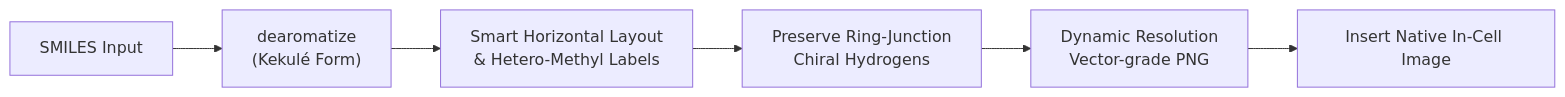
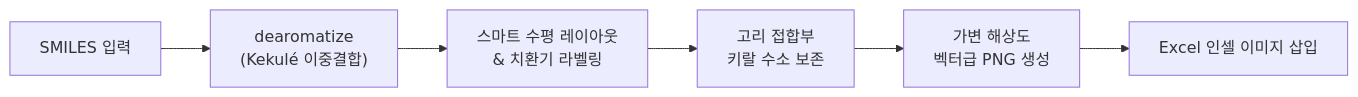
The first of 2 diagrams in README.md (naramdash/func_SMILES2IMG), drawn with Mermaid before and after one commit. The commit also changed other lines of this file and 14 other files, not shown here.

````diff
--- a/README.md
+++ b/README.md
@@ -278,9 +276,8 @@
 ```mermaid
 flowchart LR
-    A["SMILES Input"] --> B["dearomatize<br>(Kekulé Form)"]
-    B --> C["Smart Horizontal Layout<br>& Hetero-Methyl Labels"]
-    C --> D["Preserve Ring-Junction<br>Chiral Hydrogens"]
-    E["Insert Native In-Cell Image"]
-    D --> F["Dynamic Resolution<br>Vector-grade PNG"]
-    F --> E
+    A["SMILES 입력"] --> B["dearomatize<br>(Kekulé 이중결합)"]
+    B --> C["스마트 수평 레이아웃<br>& 치환기 라벨링"]
+    C --> D["고리 접합부<br>키랄 수소 보존"]
+    D --> E["가변 해상도<br>벡터급 PNG 생성"]
+    E --> F["Excel 인셀 이미지 삽입"]
 ```
````
